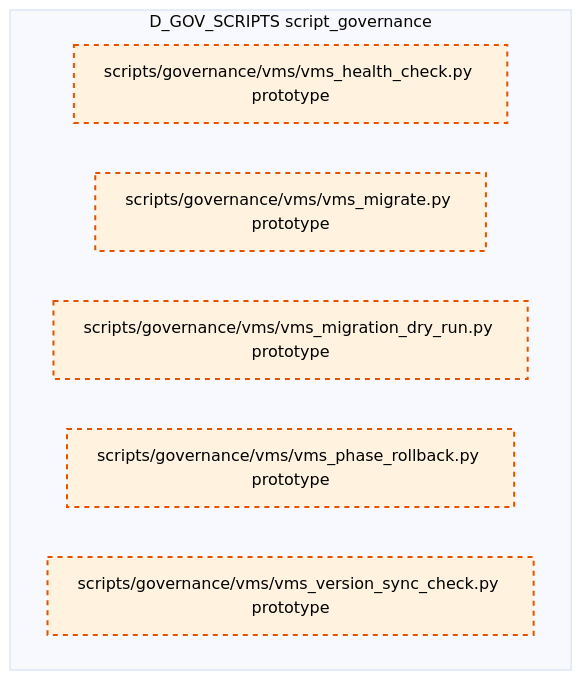
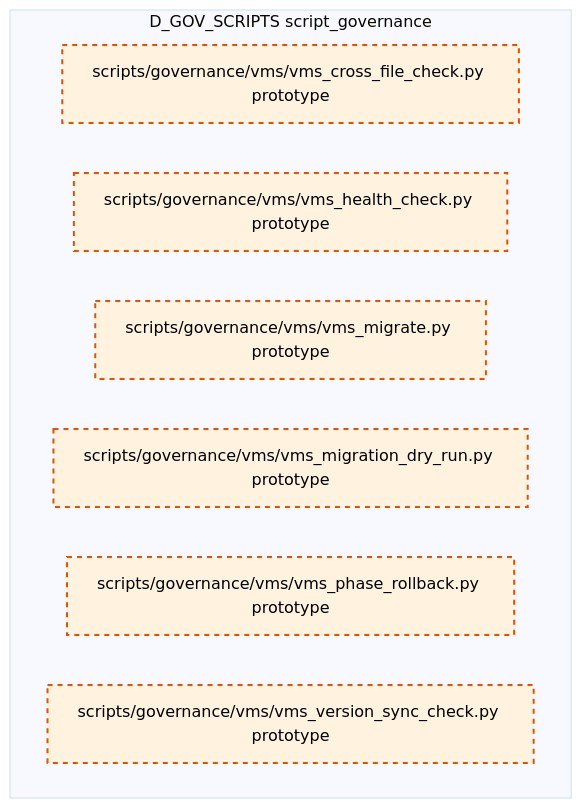
One commit to xuanFelixVan/ZephyrAlpha changed diagram 15 of 15 in docs/02_enterprise_architecture/02_domain_architecture_docs/37_d_gov_scripts.md. Above: the diagram before and after it, drawn with Mermaid (base theme). The commit also changed other lines of this file and 97 other files, not shown here.

````diff
--- a/docs/02_enterprise_architecture/02_domain_architecture_docs/37_d_gov_scripts.md
+++ b/docs/02_enterprise_architecture/02_domain_architecture_docs/37_d_gov_scripts.md
@@ -1043,15 +1027,16 @@
 ```mermaid
 graph TD
     subgraph D_GOV_SCRIPTS["D_GOV_SCRIPTS script_governance"]
+        scripts_governance_vms_vms_cross_file_check_py["scripts/governance/vms/vms_cross_file_check.py prototype"]
         scripts_governance_vms_vms_health_check_py["scripts/governance/vms/vms_health_check.py prototype"]
         scripts_governance_vms_vms_migrate_py["scripts/governance/vms/vms_migrate.py prototype"]
         scripts_governance_vms_vms_migration_dry_run_py["scripts/governance/vms/vms_migration_dry_run.py prototype"]
         scripts_governance_vms_vms_phase_rollback_py["scripts/governance/vms/vms_phase_rollback.py prototype"]
         scripts_governance_vms_vms_version_sync_check_py["scripts/governance/vms/vms_version_sync_check.py prototype"]
     end
     classDef production fill:#e1f5fe,stroke:#01579b,stroke-width:2px,color:#000
     classDef design fill:#fff3e0,stroke:#e65100,stroke-width:2px,color:#000,stroke-dasharray: 5 5
     classDef external_prod fill:#e8f5e9,stroke:#1b5e20,stroke-width:1px,color:#000
     classDef external_design fill:#fce4ec,stroke:#880e4f,stroke-width:1px,color:#000,stroke-dasharray: 5 5
-    class scripts_governance_vms_vms_health_check_py,scripts_governance_vms_vms_migrate_py,scripts_governance_vms_vms_migration_dry_run_py,scripts_governance_vms_vms_phase_rollback_py,scripts_governance_vms_vms_version_sync_check_py design
+    class scripts_governance_vms_vms_cross_file_check_py,scripts_governance_vms_vms_health_check_py,scripts_governance_vms_vms_migrate_py,scripts_governance_vms_vms_migration_dry_run_py,scripts_governance_vms_vms_phase_rollback_py,scripts_governance_vms_vms_version_sync_check_py design
 ```
````
